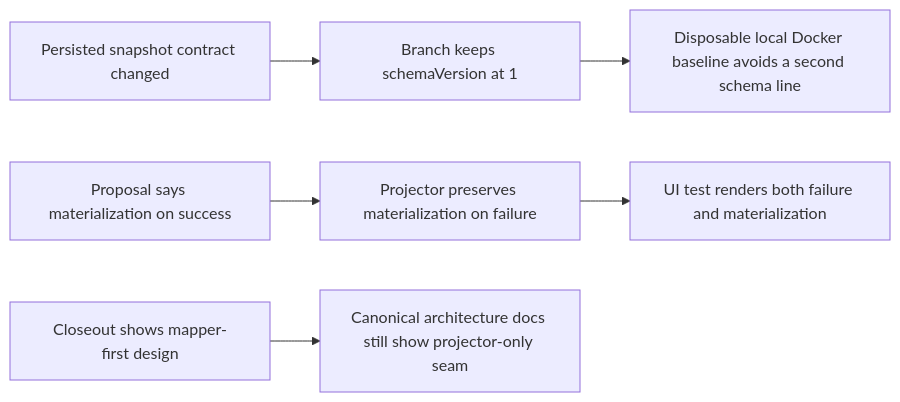
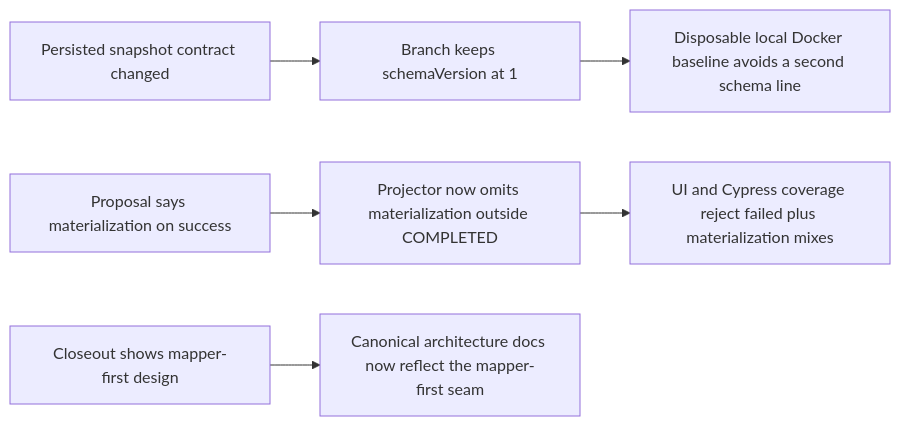
One commit to dunay2/dvt changed the diagram in docs/planning/reviews/execution-runtime/20260409-tf-c2-b-read-surface-hard-qa-review.md. Above: the diagram before and after it, drawn with Mermaid. The commit also changed other lines of this file and 16 other files, not shown here.

Commit message:
fix(engine): Enforce success-only materialization reads

````diff
--- a/docs/planning/reviews/execution-runtime/20260409-tf-c2-b-read-surface-hard-qa-review.md
+++ b/docs/planning/reviews/execution-runtime/20260409-tf-c2-b-read-surface-hard-qa-review.md
@@ -262,10 +255,10 @@
 ```mermaid
 flowchart LR
   A[Persisted snapshot contract changed] --> B[Branch keeps schemaVersion at 1]
   B --> C[Disposable local Docker baseline avoids a second schema line]
 
-  D[Proposal says materialization on success] --> E[Projector preserves materialization on failure]
-  E --> F[UI test renders both failure and materialization]
+  D[Proposal says materialization on success] --> E[Projector now omits materialization outside COMPLETED]
+  E --> F[UI and Cypress coverage reject failed plus materialization mixes]
 
-  G[Closeout shows mapper-first design] --> H[Canonical architecture docs still show projector-only seam]
+  G[Closeout shows mapper-first design] --> H[Canonical architecture docs now reflect the mapper-first seam]
 ```
````
